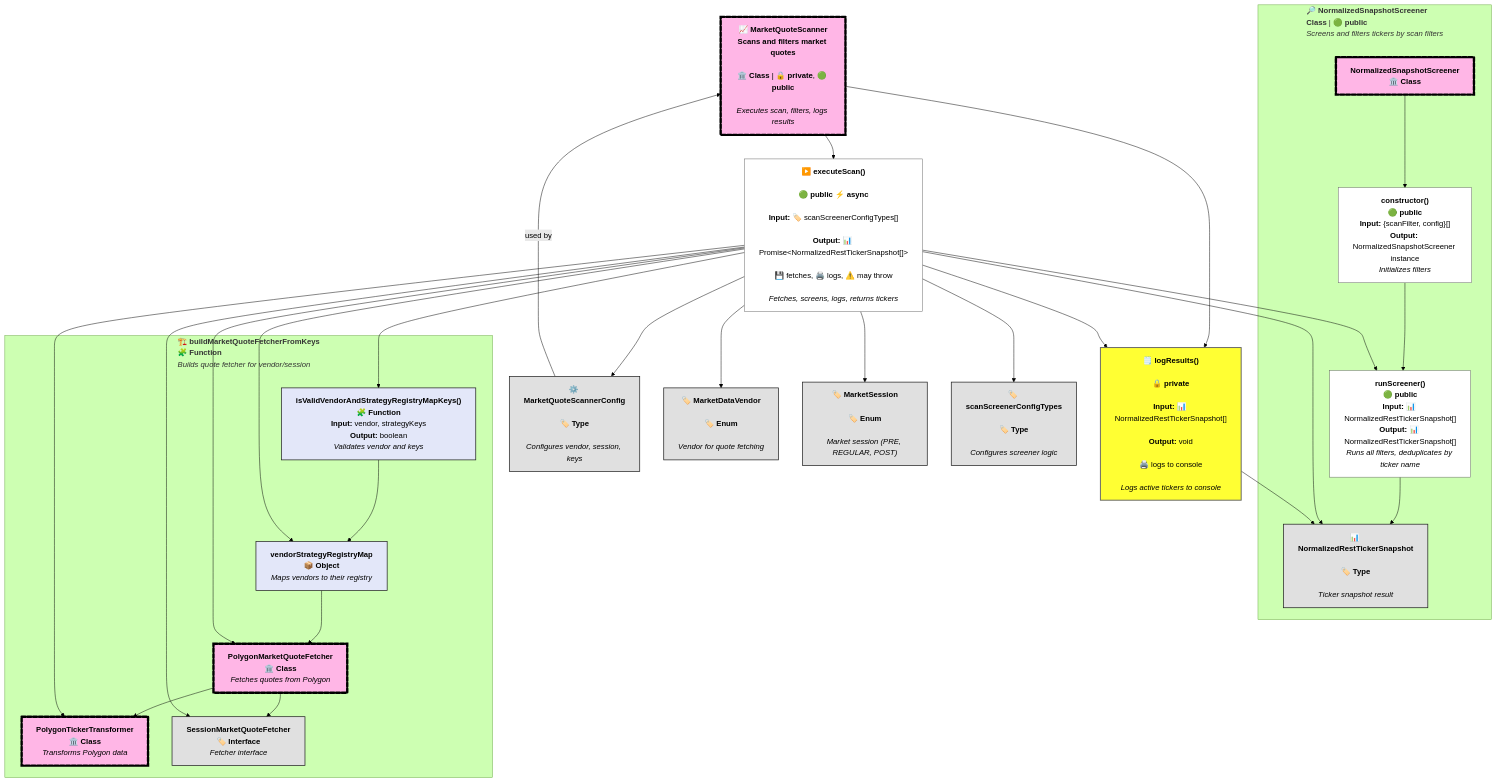
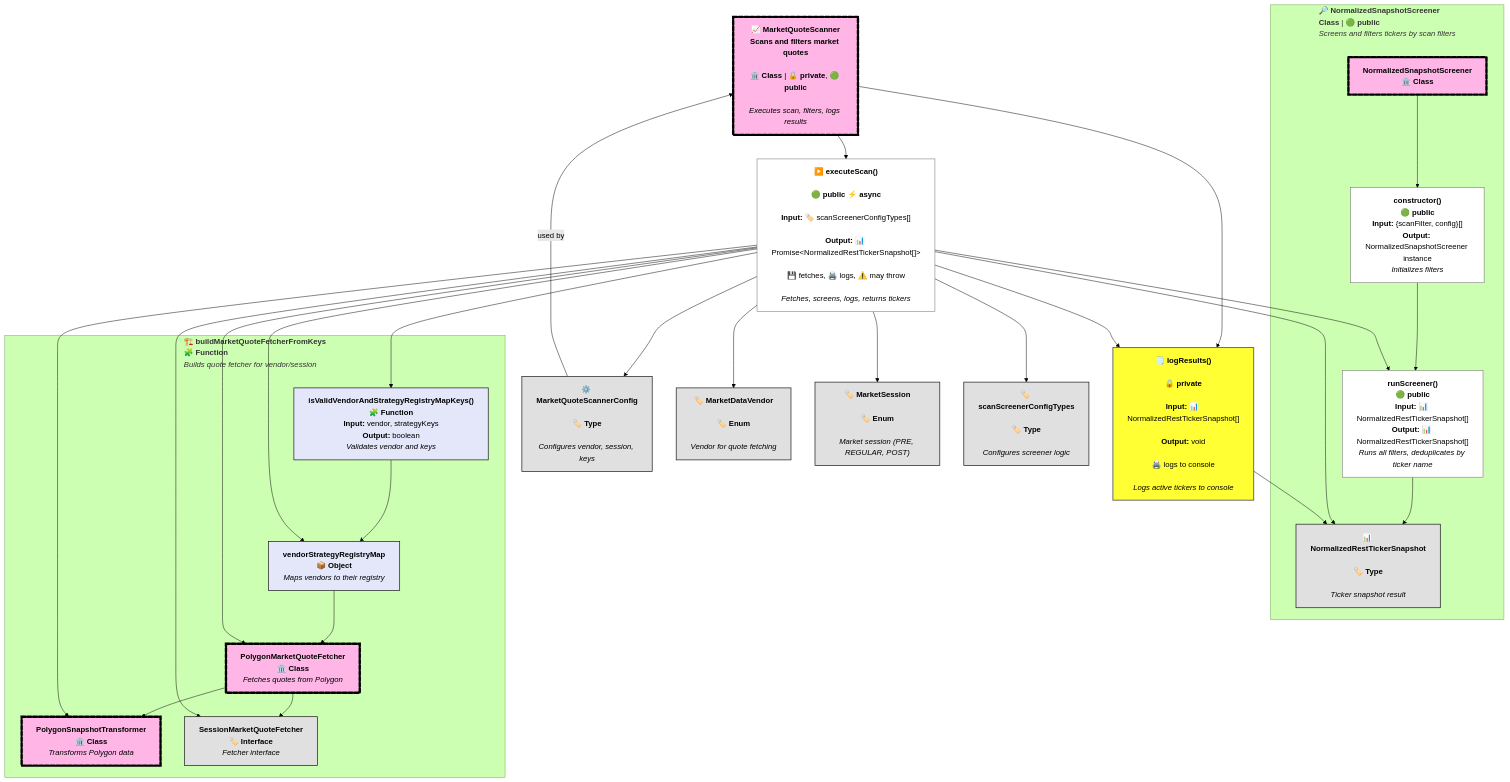
The diagram in src/strategies/scan/docs/MarketQuoteScanner.graph.mmd (monolithgoon/momentum-trend-notification-bot), drawn with Mermaid (forest theme) before and after one commit. The commit also changed 62 other files, not shown here.

```diff
--- a/src/strategies/scan/docs/MarketQuoteScanner.graph.mmd
+++ b/src/strategies/scan/docs/MarketQuoteScanner.graph.mmd
@@ -1,106 +1,106 @@
 %% MarketQuoteScanner Dependency Flow Graph 
 %% (class nodes: very bold, dashed black outlines, pink fill; types/enums: grey; clean subgraphs: NormalizedSnapshotScreener, buildMarketQuoteFetcherFromKeys, bold headers, private methods bright yellow)
 
 graph TD
   %% Main class
   MarketQuoteScanner["📈 <b>MarketQuoteScanner</b><br/><b>Scans and filters market quotes</b>
   <br/>🏛️ <b>Class</b> | 🔒 <b>private</b>, 🟢 <b>public</b>
   <br/><i>Executes scan, filters, logs results</i>
   "]:::classnode
 
   %% Dependencies
   MarketQuoteScannerConfig["⚙️ <b>MarketQuoteScannerConfig</b>
   <br/>🏷️ <b>Type</b>
   <br/><i>Configures vendor, session, keys</i>
   "]:::typenode
 
   MarketDataVendor["🏷️ <b>MarketDataVendor</b>
   <br/>🏷️ <b>Enum</b>
   <br/><i>Vendor for quote fetching</i>
   "]:::typenode
 
   MarketSession["🏷️ <b>MarketSession</b>
   <br/>🏷️ <b>Enum</b>
   <br/><i>Market session (PRE, REGULAR, POST)</i>
   "]:::typenode
 
   scanScreenerConfigTypes["🏷️ <b>scanScreenerConfigTypes</b>
   <br/>🏷️ <b>Type</b>
   <br/><i>Configures screener logic</i>
   "]:::typenode
 
   NormalizedRestTickerSnapshot["📊 <b>NormalizedRestTickerSnapshot</b>
   <br/>🏷️ <b>Type</b>
   <br/><i>Ticker snapshot result</i>
   "]:::typenode
 
   %% Methods
   logResults["🗒️ <b>logResults()</b>
   <br/>🔒 <b>private</b>
   <br/><b>Input:</b> 📊 NormalizedRestTickerSnapshot[]
   <br/><b>Output:</b> void
   <br/>🖨️ logs to console
   <br/><i>Logs active tickers to console</i>
   "]:::privatemethod
 
   executeScan["▶️ <b>executeScan()</b>
   <br/>🟢 <b>public</b> ⚡ <b>async</b>
   <br/><b>Input:</b> 🏷️ scanScreenerConfigTypes[]
   <br/><b>Output:</b> 📊 Promise&lt;NormalizedRestTickerSnapshot[]&gt;
   <br/>💾 fetches, 🖨️ logs, ⚠️ may throw
   <br/><i>Fetches, screens, logs, returns tickers</i>
   "]:::method
 
   %% NormalizedSnapshotScreener subgraph
   subgraph "🔎 <b>NormalizedSnapshotScreener</b> <br/> <b>Class</b> | 🟢 <b>public</b><br/><i>Screens and filters tickers by scan filters</i>"
     SS_Ctor["<b>constructor()</b><br/>🟢 <b>public</b><br/><b>Input:</b> {scanFilter, config}[]<br/><b>Output:</b> NormalizedSnapshotScreener instance<br/><i>Initializes filters</i>"]:::method
     SS_Class["<b>NormalizedSnapshotScreener</b><br/>🏛️ <b>Class</b>"]:::classnode
     SS_runScreener["<b>runScreener()</b><br/>🟢 <b>public</b><br/><b>Input:</b> 📊 NormalizedRestTickerSnapshot[]<br/><b>Output:</b> 📊 NormalizedRestTickerSnapshot[]<br/><i>Runs all filters, deduplicates by ticker name</i>"]:::method
     SS_Class --> SS_Ctor
     SS_Ctor --> SS_runScreener
     SS_runScreener --> NormalizedRestTickerSnapshot
   end
 
   %% buildMarketQuoteFetcherFromKeys subgraph (clear, logical edges)
   subgraph "🏗️ <b>buildMarketQuoteFetcherFromKeys</b><br/>🧩 <b>Function</b><br/><i>Builds quote fetcher for vendor/session</i>"
     BQ_isValid["<b>isValidVendorAndStrategyRegistryMapKeys()</b><br/>🧩 <b>Function</b><br/><b>Input:</b> vendor, strategyKeys<br/><b>Output:</b> boolean<br/><i>Validates vendor and keys</i>"]:::util
     BQ_vendorMap["<b>vendorStrategyRegistryMap</b><br/>📦 <b>Object</b><br/><i>Maps vendors to their registry</i>"]:::util
     BQ_POLYGON["<b>PolygonMarketQuoteFetcher</b><br/>🏛️ <b>Class</b><br/><i>Fetches quotes from Polygon</i>"]:::classnode
-    BQ_POLYGON_transform["<b>PolygonTickerTransformer</b><br/>🏛️ <b>Class</b><br/><i>Transforms Polygon data</i>"]:::classnode
+    BQ_POLYGON_transform["<b>PolygonSnapshotTransformer</b><br/>🏛️ <b>Class</b><br/><i>Transforms Polygon data</i>"]:::classnode
     BQ_Interface["<b>SessionMarketQuoteFetcher</b><br/>🏷️ <b>Interface</b><br/><i>Fetcher interface</i>"]:::typenode
 
     BQ_isValid --> BQ_vendorMap
     BQ_vendorMap --> BQ_POLYGON
     BQ_POLYGON --> BQ_POLYGON_transform
     BQ_POLYGON --> BQ_Interface
   end
 
   %% Constructor
   MarketQuoteScannerConfig -->|used by| MarketQuoteScanner
 
   %% Flow
   MarketQuoteScanner --> executeScan
   MarketQuoteScanner --> logResults
 
   executeScan --> MarketQuoteScannerConfig
   executeScan --> MarketDataVendor
   executeScan --> MarketSession
   executeScan --> scanScreenerConfigTypes
   executeScan --> NormalizedRestTickerSnapshot
   executeScan --> logResults
   executeScan --> SS_runScreener
   executeScan --> BQ_isValid
   executeScan --> BQ_vendorMap
   executeScan --> BQ_POLYGON
   executeScan --> BQ_POLYGON_transform
   executeScan --> BQ_Interface
 
   logResults --> NormalizedRestTickerSnapshot
 
   %% Styles
   classDef classnode stroke:#000,stroke-width:5px,stroke-dasharray: 8 4,stroke-linecap:round,fill:#ffb6e6;
   classDef typenode fill:#e0e0e0,stroke:#222,stroke-width:1.5px;
   classDef service fill:#f9f,stroke:#222,stroke-width:2px;
   classDef util fill:#e3e7f9,stroke:#222,stroke-width:1.5px;
   classDef method fill:#fff,stroke:#666,stroke-width:1px;
   classDef privatemethod fill:#ffff33,stroke:#666,stroke-width:2px;
```
